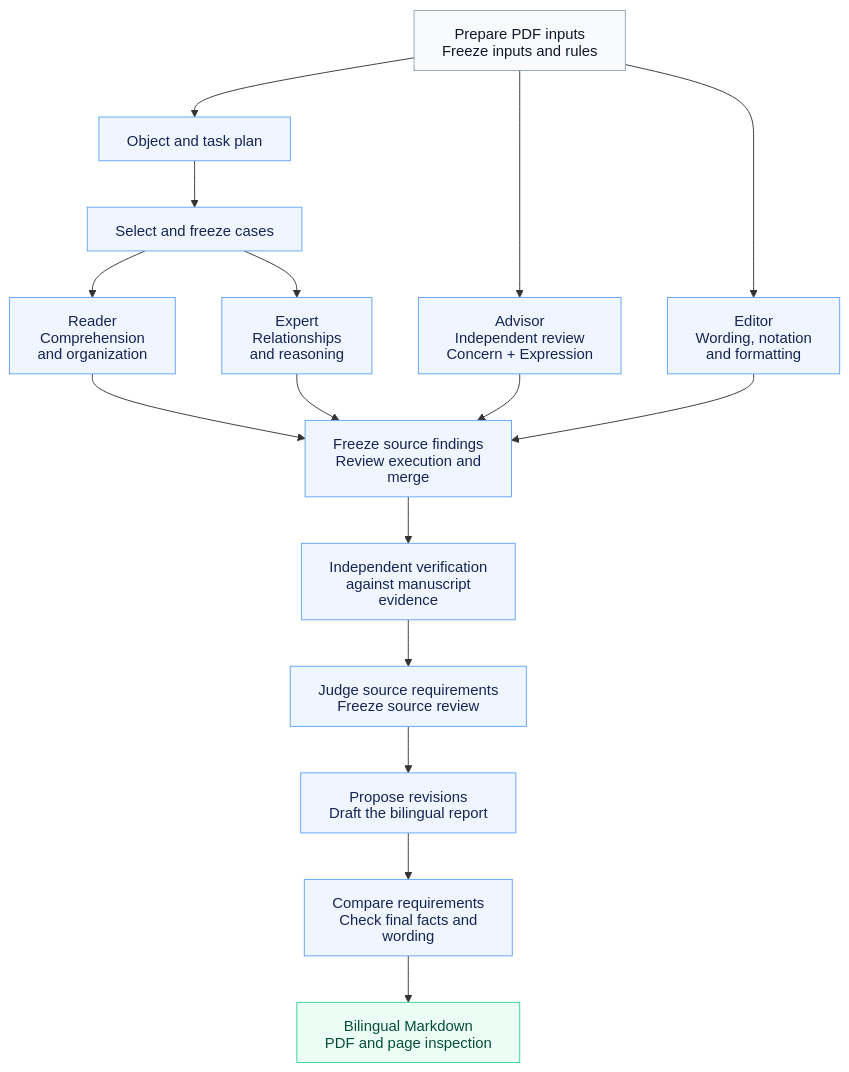
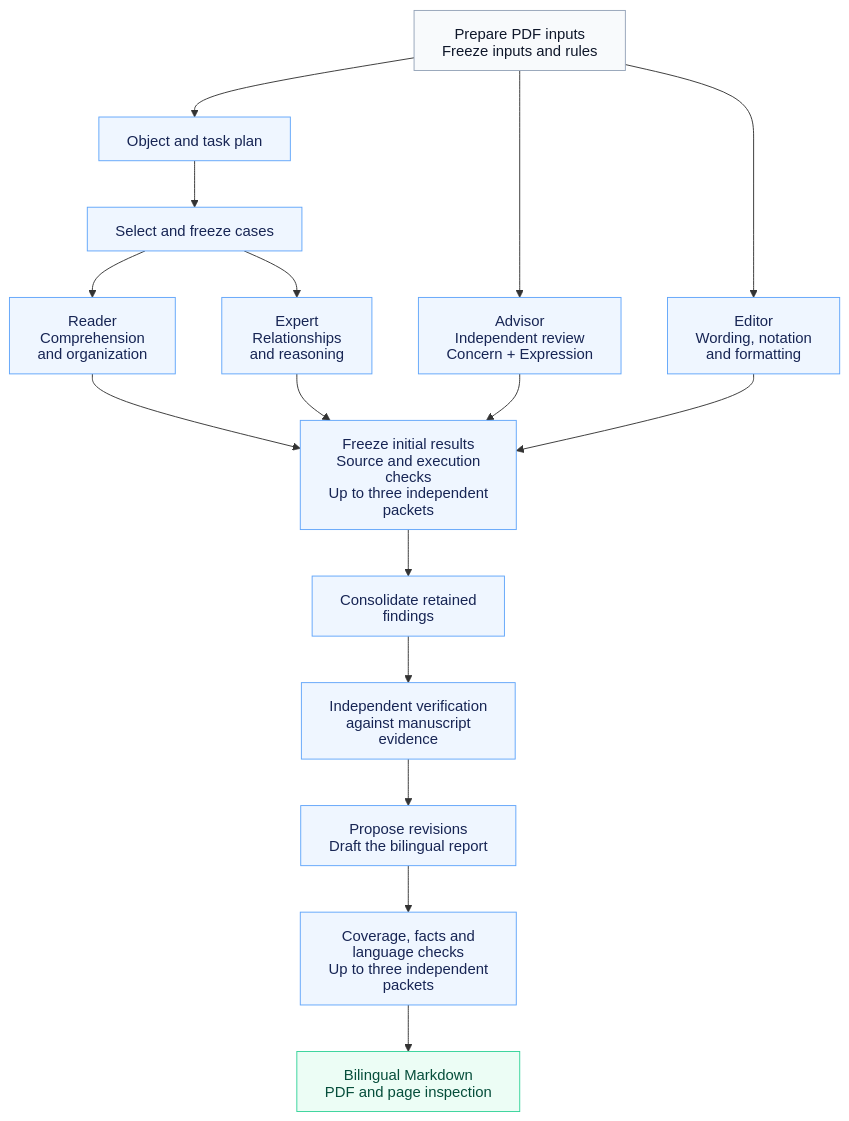
Before and after one commit to stevenyyzhang/MentorTrace: the diagram in README.md, drawn with Mermaid. The commit also changed other lines of this file and 82 other files, not shown here.

````diff
--- a/README.md
+++ b/README.md
@@ -55,40 +66,40 @@
 ```mermaid
 ---
 config:
   htmlLabels: false
   flowchart:
     htmlLabels: false
 ---
 flowchart TB
     F["Prepare PDF inputs<br/>Freeze inputs and rules"]
     O["Object and task plan"]
     C["Select and freeze cases"]
     R["Reader<br/>Comprehension<br/>and organization"]
     T["Expert<br/>Relationships<br/>and reasoning"]
     A["Advisor<br/>Independent review<br/>Concern + Expression"]
     L["Editor<br/>Wording, notation<br/>and formatting"]
-    M["Freeze source findings<br/>Review execution and merge"]
+    M["Consolidate retained findings"]
     V["Independent verification<br/>against manuscript evidence"]
-    Q["Judge source requirements<br/>Freeze source review"]
+    Q["Freeze initial results<br/>Source and execution checks<br/>Up to three independent packets"]
     D["Propose revisions<br/>Draft the bilingual report"]
-    B["Compare requirements<br/>Check final facts and wording"]
+    B["Coverage, facts and language checks<br/>Up to three independent packets"]
     OUT["Bilingual Markdown<br/>PDF and page inspection"]
 
     F --> O --> C
     C --> R
     C --> T
     F ----> A
     F ----> L
-    R --> M
-    T --> M
-    A --> M
-    L --> M
-    M --> V --> Q --> D --> B --> OUT
+    R --> Q
+    T --> Q
+    A --> Q
+    L --> Q
+    Q --> M --> V --> D --> B --> OUT
 
     classDef input fill:#f8fafc,stroke:#94a3b8,color:#0f172a;
     classDef review fill:#eff6ff,stroke:#60a5fa,color:#172554;
     classDef output fill:#ecfdf5,stroke:#34d399,color:#064e3b;
     class F input;
     class O,C,R,T,A,L,M,V,Q,D,B review;
     class OUT output;
 ```
````
